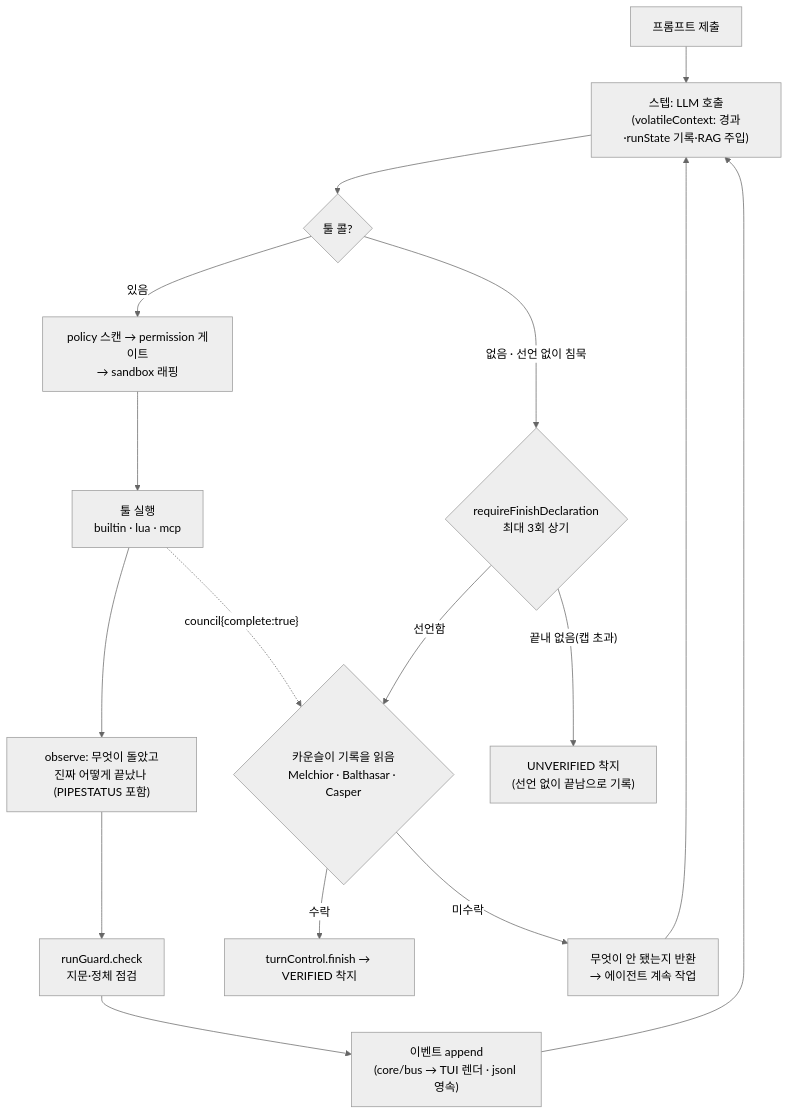
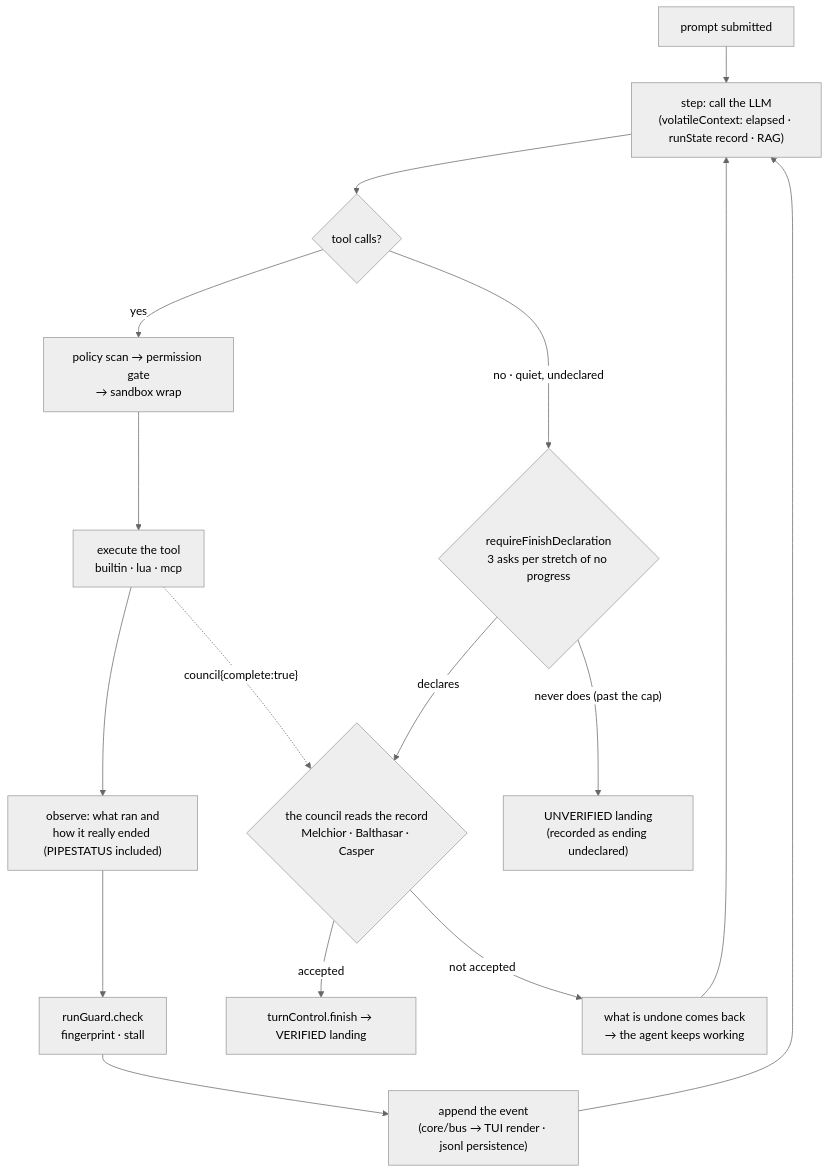
Before and after one commit to sayaya1090/magi: the second of 10 diagrams in docs/DIAGRAMS.md, drawn with Mermaid. The commit also changed other lines of this file and 5 other files, not shown here.

First line of the commit message:
docs: split DIAGRAMS into English and Korean

````diff
--- a/docs/DIAGRAMS.md
+++ b/docs/DIAGRAMS.md
@@ -76,19 +80,19 @@
 ```mermaid
 %%{init: {'theme':'neutral','flowchart':{'curve':'basis'}}}%%
 flowchart TD
-  P["프롬프트 제출"] --> S["스텝: LLM 호출<br/>(volatileContext: 경과·runState 기록·RAG 주입)"]
-  S --> T{"툴 콜?"}
-  T -- 있음 --> POL["policy 스캔 → permission 게이트<br/>→ sandbox 래핑"]
-  POL --> EX["툴 실행<br/>builtin · lua · mcp"]
-  EX --> OB["observe: 무엇이 돌았고<br/>진짜 어떻게 끝났나 (PIPESTATUS 포함)"]
-  OB --> G["runGuard.check<br/>지문·정체 점검"]
-  G --> EV["이벤트 append<br/>(core/bus → TUI 렌더 · jsonl 영속)"]
+  P["prompt submitted"] --> S["step: call the LLM<br/>(volatileContext: elapsed · runState record · RAG)"]
+  S --> T{"tool calls?"}
+  T -- "yes" --> POL["policy scan → permission gate<br/>→ sandbox wrap"]
+  POL --> EX["execute the tool<br/>builtin · lua · mcp"]
+  EX --> OB["observe: what ran and<br/>how it really ended (PIPESTATUS included)"]
+  OB --> G["runGuard.check<br/>fingerprint · stall"]
+  G --> EV["append the event<br/>(core/bus → TUI render · jsonl persistence)"]
   EV --> S
-  EX -. "council{complete:true}" .-> CG{"카운슬이 기록을 읽음<br/>Melchior · Balthasar · Casper"}
-  CG -- "수락" --> FIN["turnControl.finish → VERIFIED 착지"]
-  CG -- "미수락" --> FB["무엇이 안 됐는지 반환<br/>→ 에이전트 계속 작업"]
+  EX -. "council{complete:true}" .-> CG{"the council reads the record<br/>Melchior · Balthasar · Casper"}
+  CG -- "accepted" --> FIN["turnControl.finish → VERIFIED landing"]
+  CG -- "not accepted" --> FB["what is undone comes back<br/>→ the agent keeps working"]
   FB --> S
-  T -- "없음 · 선언 없이 침묵" --> RQ{"requireFinishDeclaration<br/>최대 3회 상기"}
-  RQ -- "선언함" --> CG
-  RQ -- "끝내 없음(캡 초과)" --> U["UNVERIFIED 착지<br/>(선언 없이 끝남으로 기록)"]
+  T -- "no · quiet, undeclared" --> RQ{"requireFinishDeclaration<br/>3 asks per stretch of no progress"}
+  RQ -- "declares" --> CG
+  RQ -- "never does (past the cap)" --> U["UNVERIFIED landing<br/>(recorded as ending undeclared)"]
 ```
````
